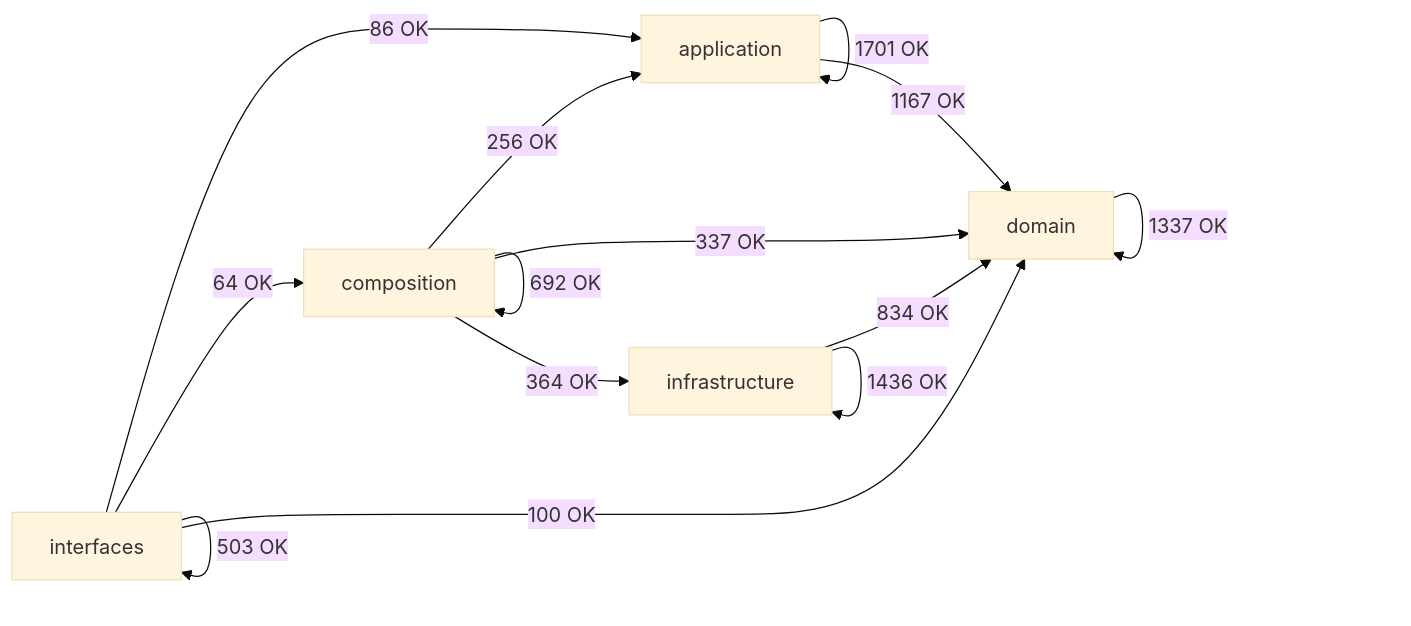
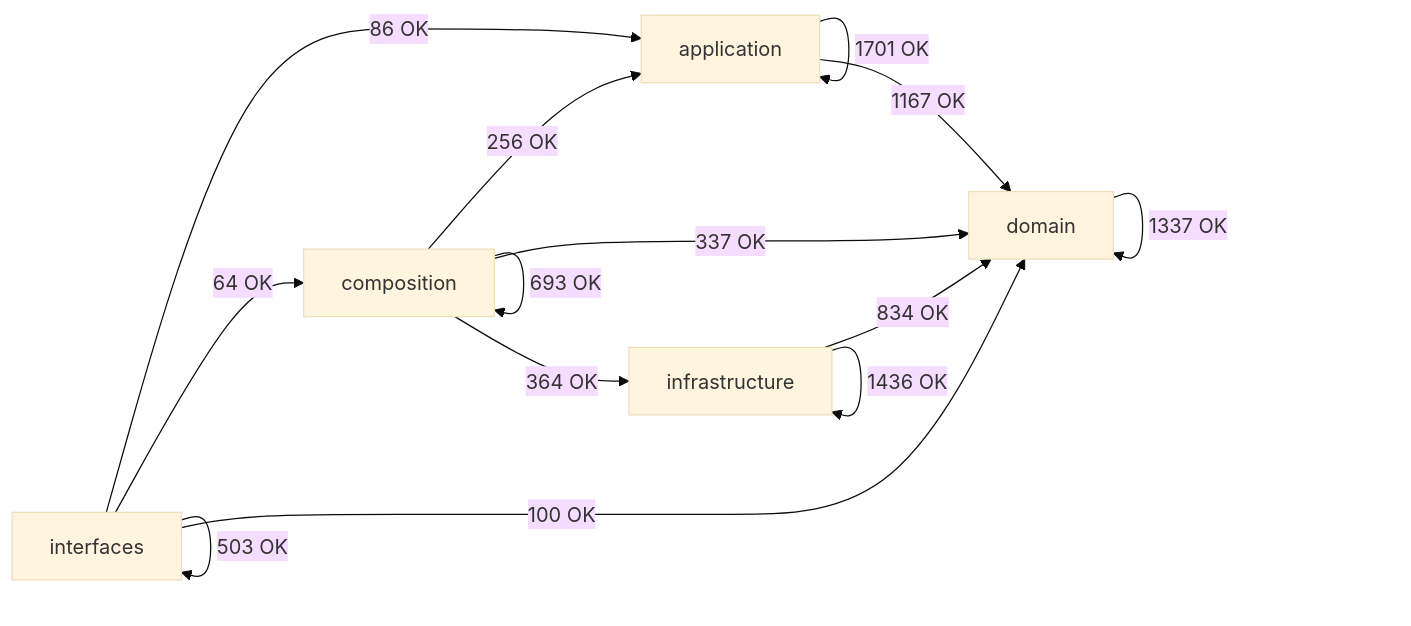
Before and after one commit to SatoryKono/BioactivityDataAcquisition: the diagram in docs/02-architecture/generated/module-dependency-map.md, drawn with Mermaid (base theme). The commit also changed other lines of this file and 12 other files, not shown here.

````diff
--- a/docs/02-architecture/generated/module-dependency-map.md
+++ b/docs/02-architecture/generated/module-dependency-map.md
@@ -17,21 +17,21 @@
 ```mermaid
 flowchart LR
     domain[domain]
     application[application]
     infrastructure[infrastructure]
     composition[composition]
     interfaces[interfaces]
     application -->|1701 OK| application
     application -->|1167 OK| domain
     composition -->|256 OK| application
-    composition -->|692 OK| composition
+    composition -->|693 OK| composition
     composition -->|337 OK| domain
     composition -->|364 OK| infrastructure
     domain -->|1337 OK| domain
     infrastructure -->|834 OK| domain
     infrastructure -->|1436 OK| infrastructure
     interfaces -->|86 OK| application
     interfaces -->|64 OK| composition
     interfaces -->|100 OK| domain
     interfaces -->|503 OK| interfaces
 ```
````
